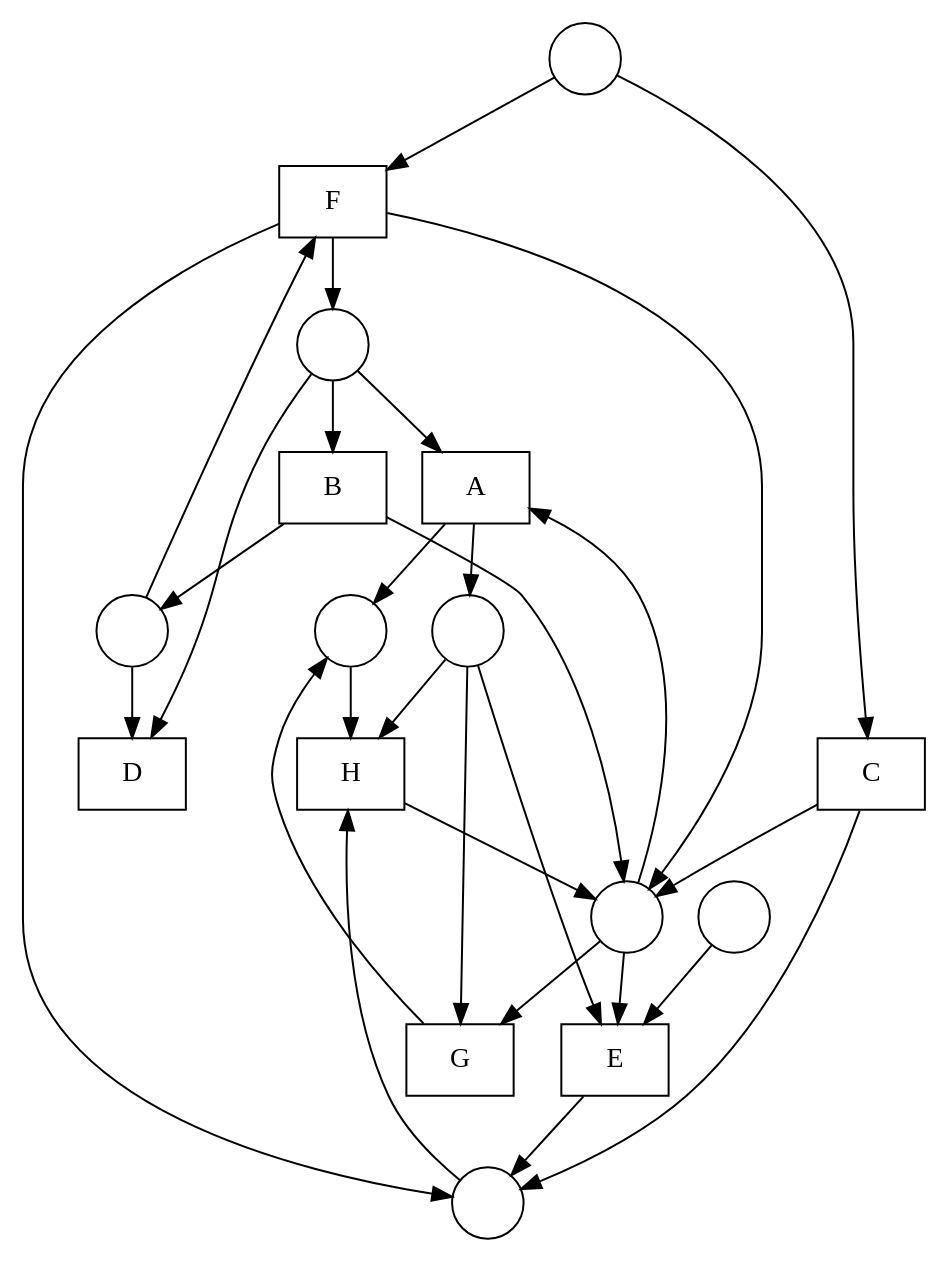
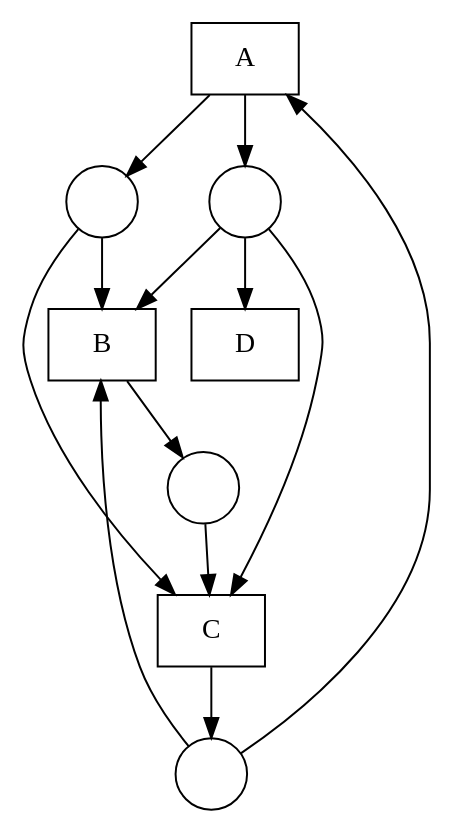
The diagram in nets/Fittest net.gv (DWitek97/GeneticMiner), drawn with Graphviz before and after one commit. The commit also changed 7 other files, not shown here.

```diff
--- a/nets/Fittest net.gv
+++ b/nets/Fittest net.gv
@@ -1,48 +1,24 @@
 digraph "Fittest net" {
 	node [shape=box]
 	A [label=A]
 	B [label=B]
-	H [label=H]
 	C [label=C]
 	D [label=D]
-	E [label=E]
-	F [label=F]
-	G [label=G]
 	node [shape=circle]
 	1 [label=" "]
 	2 [label=" "]
 	3 [label=" "]
 	4 [label=" "]
-	5 [label=" "]
-	6 [label=" "]
-	7 [label=" "]
-	8 [label=" "]
 	1 -> A
-	4 -> A
+	A -> 4
 	A -> 2
-	A -> 3
+	2 -> B
+	4 -> B
 	1 -> B
-	B -> 4
-	B -> 8
-	2 -> H
-	6 -> H
-	3 -> H
-	H -> 4
-	5 -> C
-	C -> 4
-	C -> 6
-	1 -> D
-	8 -> D
-	3 -> E
-	7 -> E
-	4 -> E
-	E -> 6
-	5 -> F
-	8 -> F
-	F -> 1
-	F -> 6
-	F -> 4
-	3 -> G
-	4 -> G
-	G -> 2
+	B -> 3
+	2 -> C
+	3 -> C
+	4 -> C
+	C -> 1
+	4 -> D
 }
```
